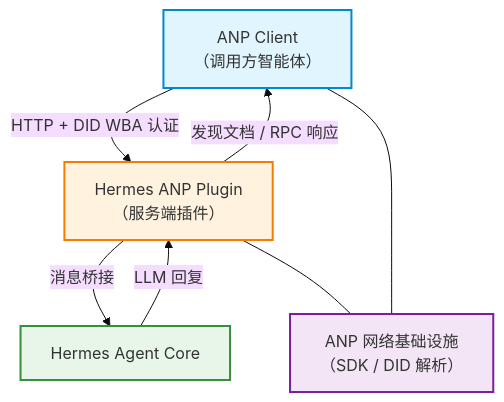
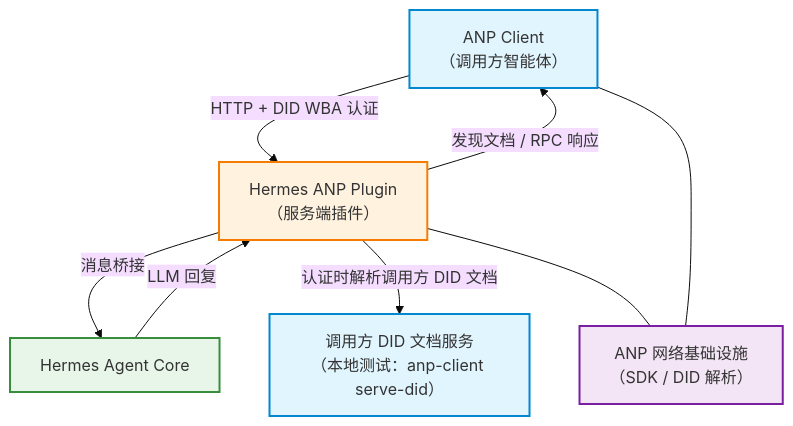
Before and after one commit to Jasper-1222/anp-hermes: the diagram in docs/diagrams/01-component-architecture.md, drawn with Mermaid (base theme). The commit also changed other lines of this file, not shown here.

Commit message:
docs: 组件架构图增加调用方 DID 文档服务角色

````diff
--- a/docs/diagrams/01-component-architecture.md
+++ b/docs/diagrams/01-component-architecture.md
@@ -3,20 +3,22 @@
 ```mermaid
 graph TD
     %% ========== 样式定义 ==========
     classDef client fill:#e1f5fe,stroke:#0288d1,stroke-width:2px
     classDef plugin fill:#fff3e0,stroke:#f57c00,stroke-width:2px
     classDef hermes fill:#e8f5e9,stroke:#388e3c,stroke-width:2px
     classDef external fill:#f3e5f5,stroke:#7b1fa2,stroke-width:2px
 
     CLIENT["ANP Client<br/>（调用方智能体）"]:::client
+    CALLER_DID["调用方 DID 文档服务<br/>（本地测试：anp-client serve-did）"]:::client
     PLUGIN["Hermes ANP Plugin<br/>（服务端插件）"]:::plugin
     HERMES["Hermes Agent Core"]:::hermes
     EXT["ANP 网络基础设施<br/>（SDK / DID 解析）"]:::external
 
     CLIENT -->|"HTTP + DID WBA 认证"| PLUGIN
     PLUGIN -->|"发现文档 / RPC 响应"| CLIENT
     PLUGIN -->|"消息桥接"| HERMES
     HERMES -->|"LLM 回复"| PLUGIN
+    PLUGIN -->|"认证时解析调用方 DID 文档"| CALLER_DID
     PLUGIN --- EXT
     CLIENT --- EXT
 ```
````
